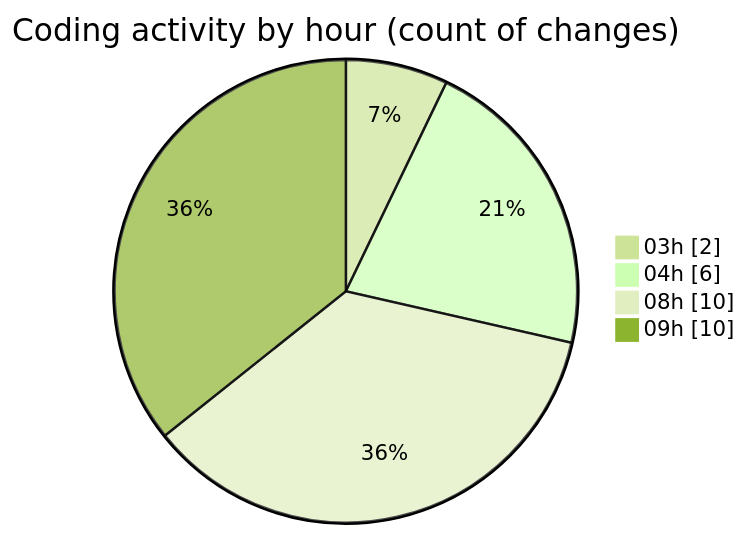
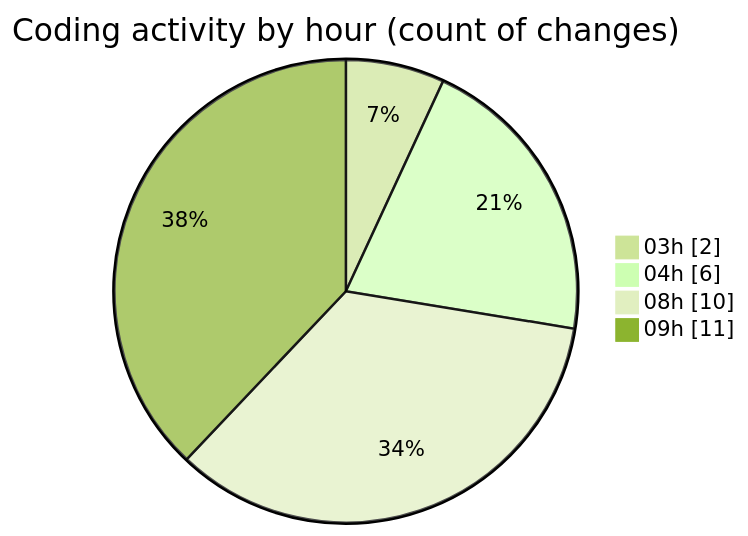
The second of 2 diagrams in 2026-02-07/singularitybrainai/README.md (tmsrecording-cyber/code-tracking), drawn with Mermaid (forest theme) before and after one commit. The commit also changed other lines of this file and 1 other file, not shown here.

````diff
--- a/2026-02-07/singularitybrainai/README.md
+++ b/2026-02-07/singularitybrainai/README.md
@@ -37,8 +38,8 @@
 ```mermaid
 pie showData
 title Coding activity by hour (count of changes)
 "03h" : 2
 "04h" : 6
 "08h" : 10
-"09h" : 10
+"09h" : 11
 ```
````
